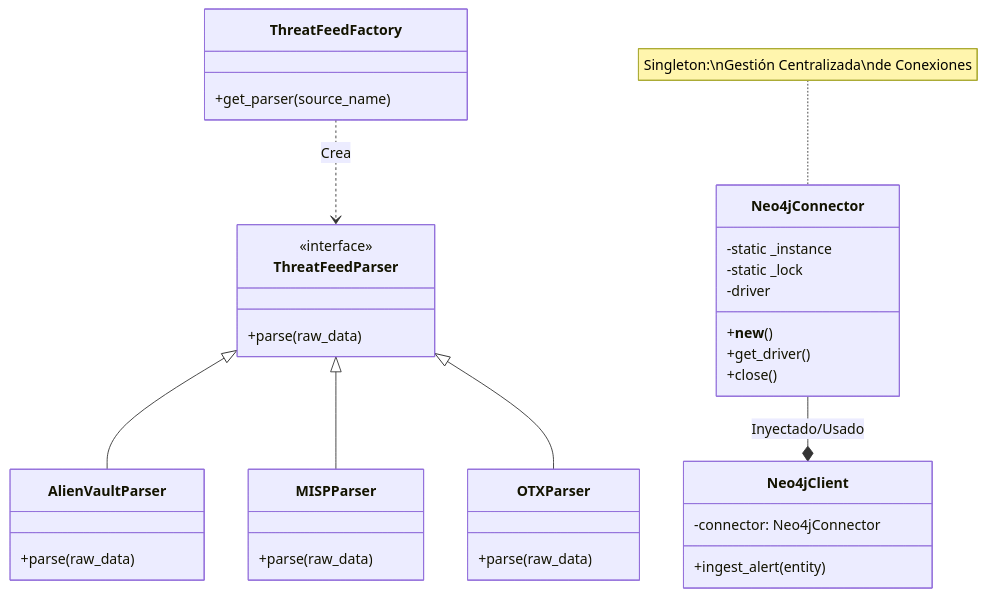
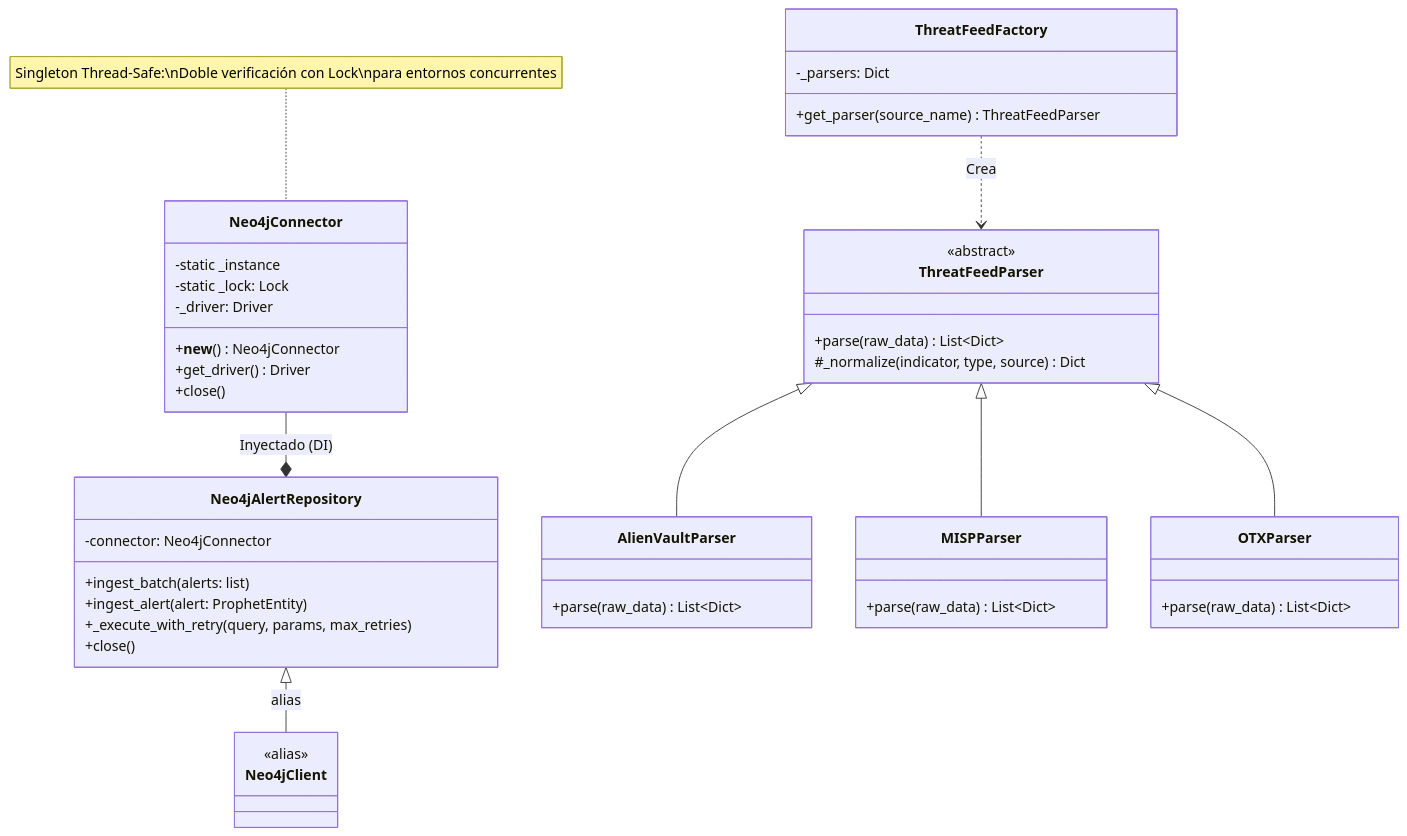
Before and after one commit to George230297/Prophet: the third of 4 diagrams in README.md, drawn with Mermaid. The commit also changed other lines of this file and 8 other files, not shown here.

````diff
--- a/README.md
+++ b/README.md
@@ -149,45 +159,56 @@
 ```mermaid
 classDiagram
     %% Singleton Pattern
     class Neo4jConnector {
         -static _instance
-        -static _lock
-        -driver
-        +__new__()
-        +get_driver()
+        -static _lock: Lock
+        -_driver: Driver
+        +__new__() Neo4jConnector
+        +get_driver() Driver
         +close()
     }
-    note for Neo4jConnector "Singleton:\nGestión Centralizada\nde Conexiones"
+    note for Neo4jConnector "Singleton Thread-Safe:\nDoble verificación con Lock\npara entornos concurrentes"
 
-    %% Dependency Injection
+    %% Repository Pattern + DI
+    class Neo4jAlertRepository {
+        -connector: Neo4jConnector
+        +ingest_batch(alerts: list)
+        +ingest_alert(alert: ProphetEntity)
+        +_execute_with_retry(query, params, max_retries)
+        +close()
+    }
+    Neo4jConnector --* Neo4jAlertRepository : Inyectado (DI)
+
+    %% Backwards-compat alias
     class Neo4jClient {
-        -connector: Neo4jConnector
-        +ingest_alert(entity)
+        <<alias>>
     }
-    Neo4jConnector --* Neo4jClient : Inyectado/Usado
+    Neo4jAlertRepository <|-- Neo4jClient : alias
 
     %% Factory Method Pattern
     class ThreatFeedFactory {
-        +get_parser(source_name)
+        -_parsers: Dict
+        +get_parser(source_name) ThreatFeedParser
     }
 
     class ThreatFeedParser {
-        <<interface>>
-        +parse(raw_data)
+        <<abstract>>
+        +parse(raw_data) List~Dict~
+        #_normalize(indicator, type, source) Dict
     }
 
     class AlienVaultParser {
-        +parse(raw_data)
+        +parse(raw_data) List~Dict~
     }
     class MISPParser {
-        +parse(raw_data)
+        +parse(raw_data) List~Dict~
     }
     class OTXParser {
-        +parse(raw_data)
+        +parse(raw_data) List~Dict~
     }
 
     ThreatFeedFactory ..> ThreatFeedParser : Crea
     ThreatFeedParser <|-- AlienVaultParser
     ThreatFeedParser <|-- MISPParser
     ThreatFeedParser <|-- OTXParser
 ```
````
